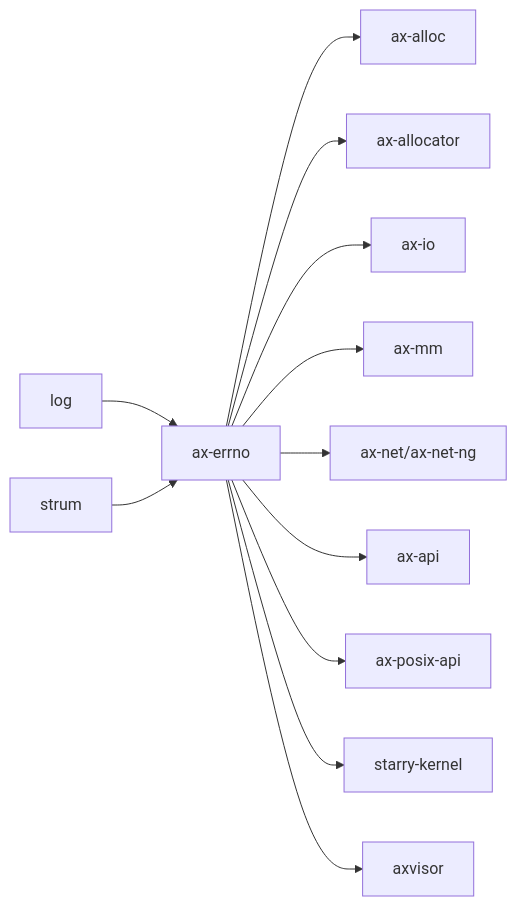
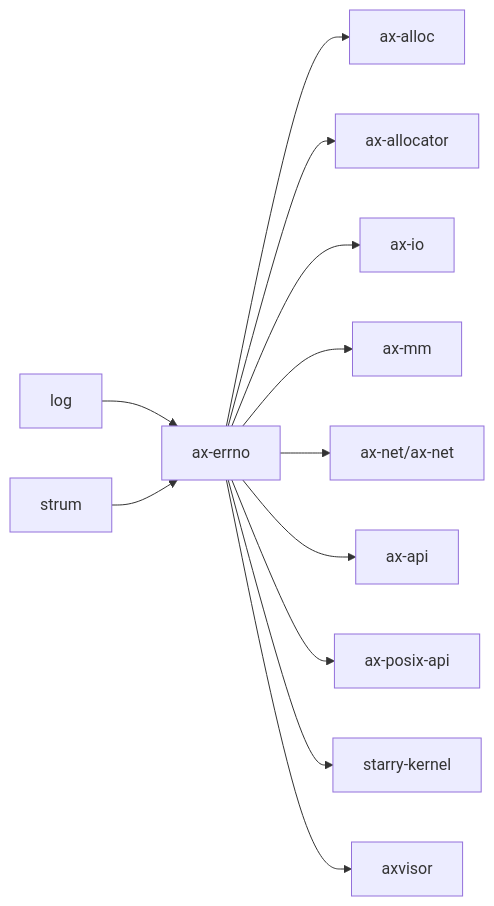
The second of 2 diagrams in docs/docs/components/crates/ax-errno.md (rcore-os/tgoskits), drawn with Mermaid before and after one commit. The commit also changed other lines of this file and 76 other files, not shown here.

````diff
--- a/docs/docs/components/crates/ax-errno.md
+++ b/docs/docs/components/crates/ax-errno.md
@@ -80,15 +80,15 @@
 ```mermaid
 graph LR
     log["log"] --> ax_errno["ax-errno"]
     strum["strum"] --> ax_errno
 
     ax_errno --> ax-alloc["ax-alloc"]
     ax_errno --> ax-allocator["ax-allocator"]
     ax_errno --> axio["ax-io"]
     ax_errno --> ax-mm["ax-mm"]
-    ax_errno --> ax-net["ax-net/ax-net-ng"]
+    ax_errno --> ax-net["ax-net/ax-net"]
     ax_errno --> ax-api["ax-api"]
     ax_errno --> arceos_posix["ax-posix-api"]
     ax_errno --> starry_kernel["starry-kernel"]
     ax_errno --> axvisor["axvisor"]
 ```
````
